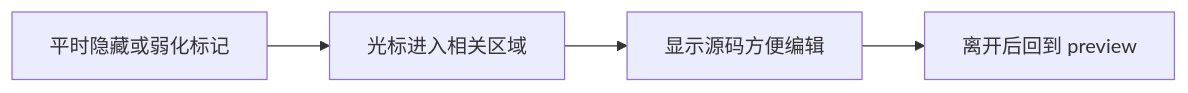
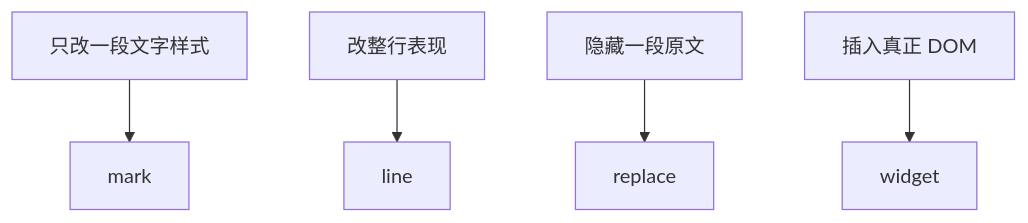
One commit to swarm-apps/SwarmNote changed the second of 2 diagrams in dev-notes/cm6-from-0-to-1/05-用-Decoration-和-Widget-做出最小-Live-Preview.md. Above: the diagram before and after it, drawn with Mermaid. The commit also changed other lines of this file and 9 other files, not shown here.

````diff
--- a/dev-notes/cm6-from-0-to-1/05-用-Decoration-和-Widget-做出最小-Live-Preview.md
+++ b/dev-notes/cm6-from-0-to-1/05-用-Decoration-和-Widget-做出最小-Live-Preview.md
@@ -133,6 +315,7 @@
 ```mermaid
-graph LR
-    A[平时隐藏或弱化标记] --> B[光标进入相关区域]
-    B --> C[显示源码方便编辑]
-    C --> D[离开后回到 preview]
+graph TD
+    A[只改一段文字样式] --> B[mark]
+    A2[改整行表现] --> C[line]
+    A3[隐藏一段原文] --> D[replace]
+    A4[插入真正 DOM] --> E[widget]
 ```
````
